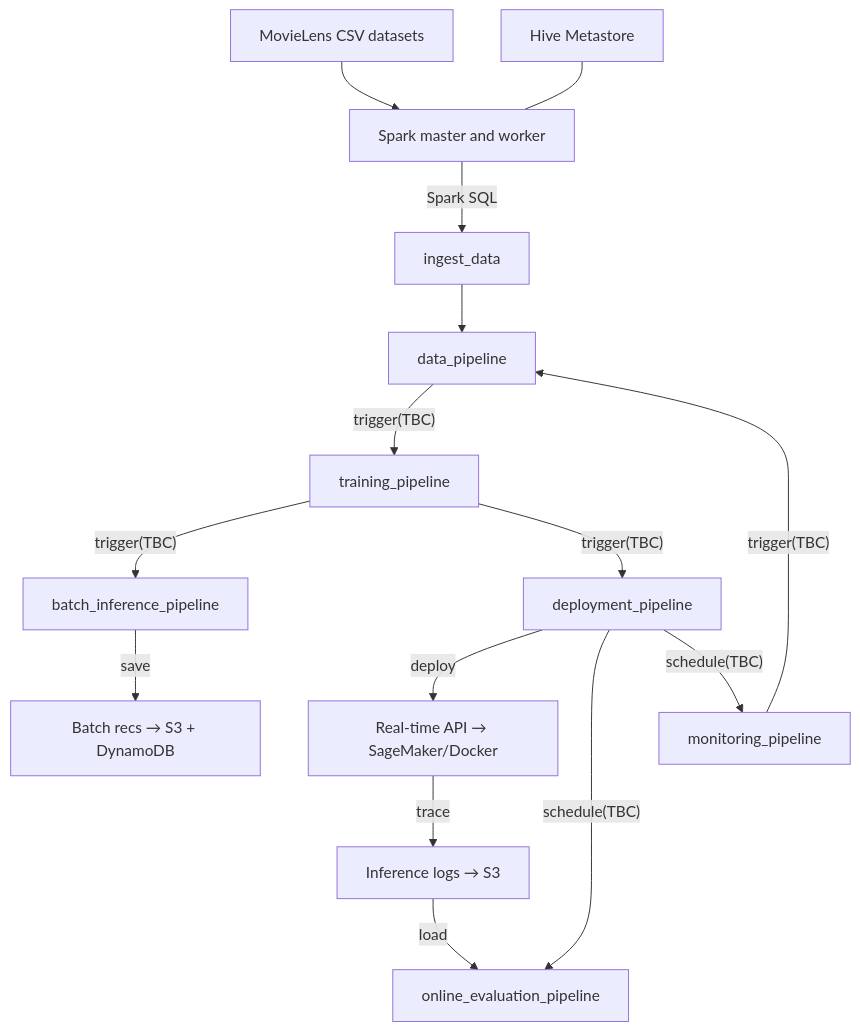
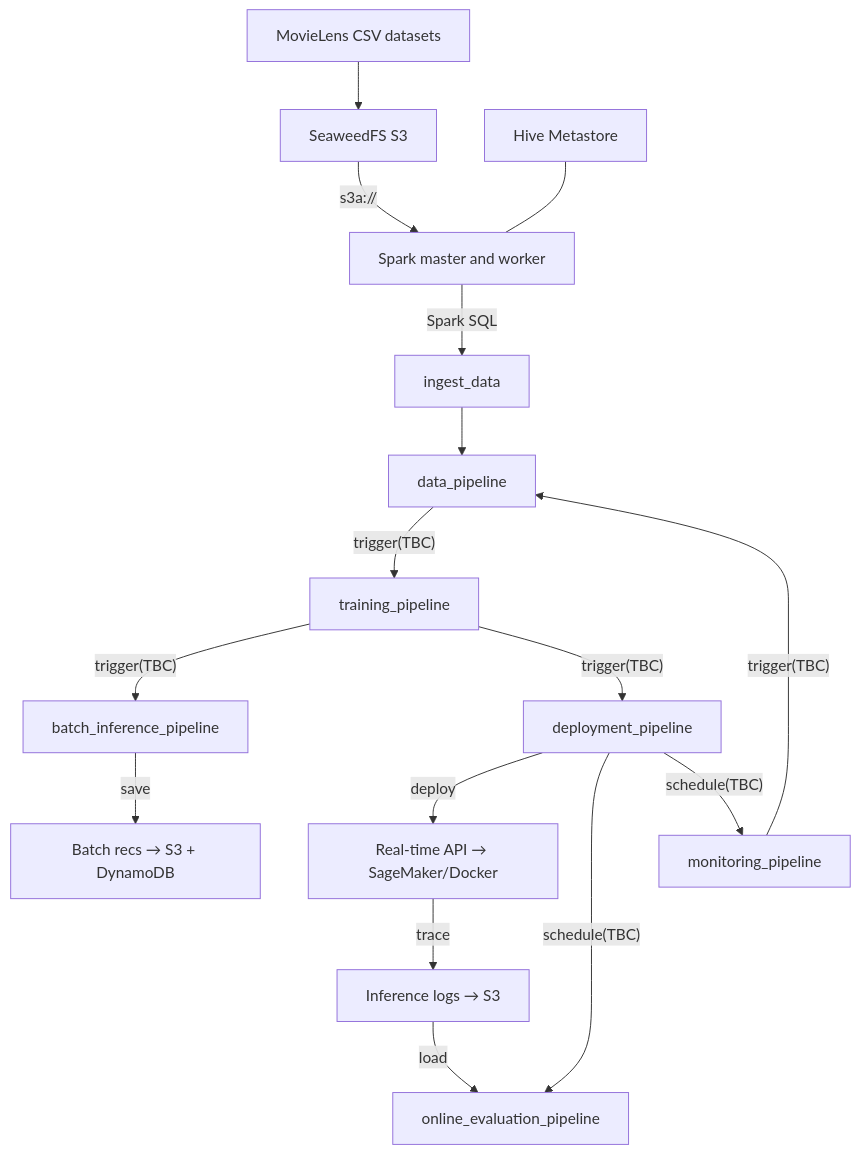
One commit to sagadana/zenml-mlops changed the diagram in README.md. Above: the diagram before and after it, drawn with Mermaid. The commit also changed other lines of this file and 16 other files, not shown here.

````diff
--- a/README.md
+++ b/README.md
@@ -7,17 +7,18 @@
 ```mermaid
 graph TD
-  A[MovieLens CSV datasets] --> S[Spark master and worker]
+  A[MovieLens CSV datasets] --> W[SeaweedFS S3]
+  W -->|s3a://| S[Spark master and worker]
   H[Hive Metastore] --- S
   S -->|Spark SQL| I[ingest_data]
   I --> D[data_pipeline]
     D -->|"trigger(TBC)"| T[training_pipeline]
     T -->|"trigger(TBC)"| BI[batch_inference_pipeline]
     T -->|"trigger(TBC)"| DP[deployment_pipeline]
     BI -->|"save"| B[Batch recs → S3 + DynamoDB]
     DP -->|"deploy"| R[Real-time API → SageMaker/Docker]
     R -->|trace| L[Inference logs → S3]
     L -->|load| OE[online_evaluation_pipeline]
     DP -->|"schedule(TBC)"| OE
     DP -->|"schedule(TBC)"| M[monitoring_pipeline]
     M -->|"trigger(TBC)"| D
 ```
````
